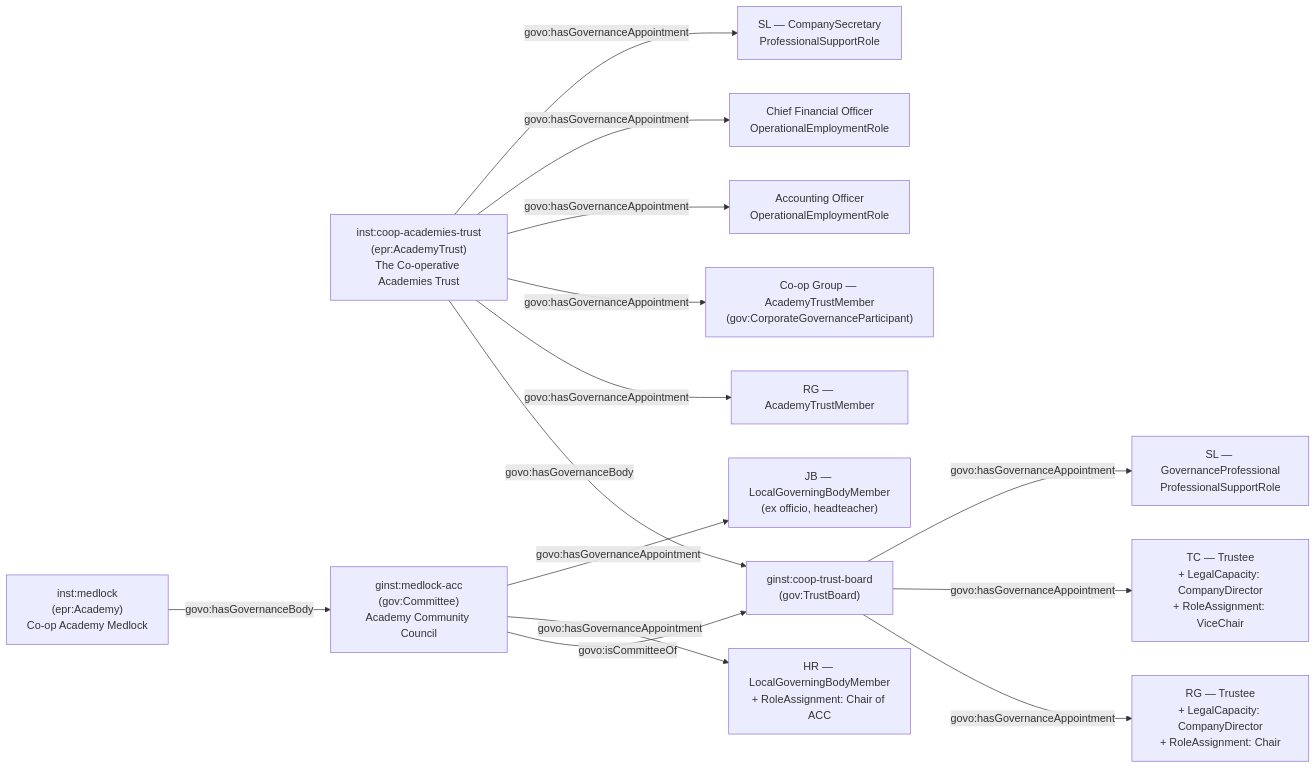
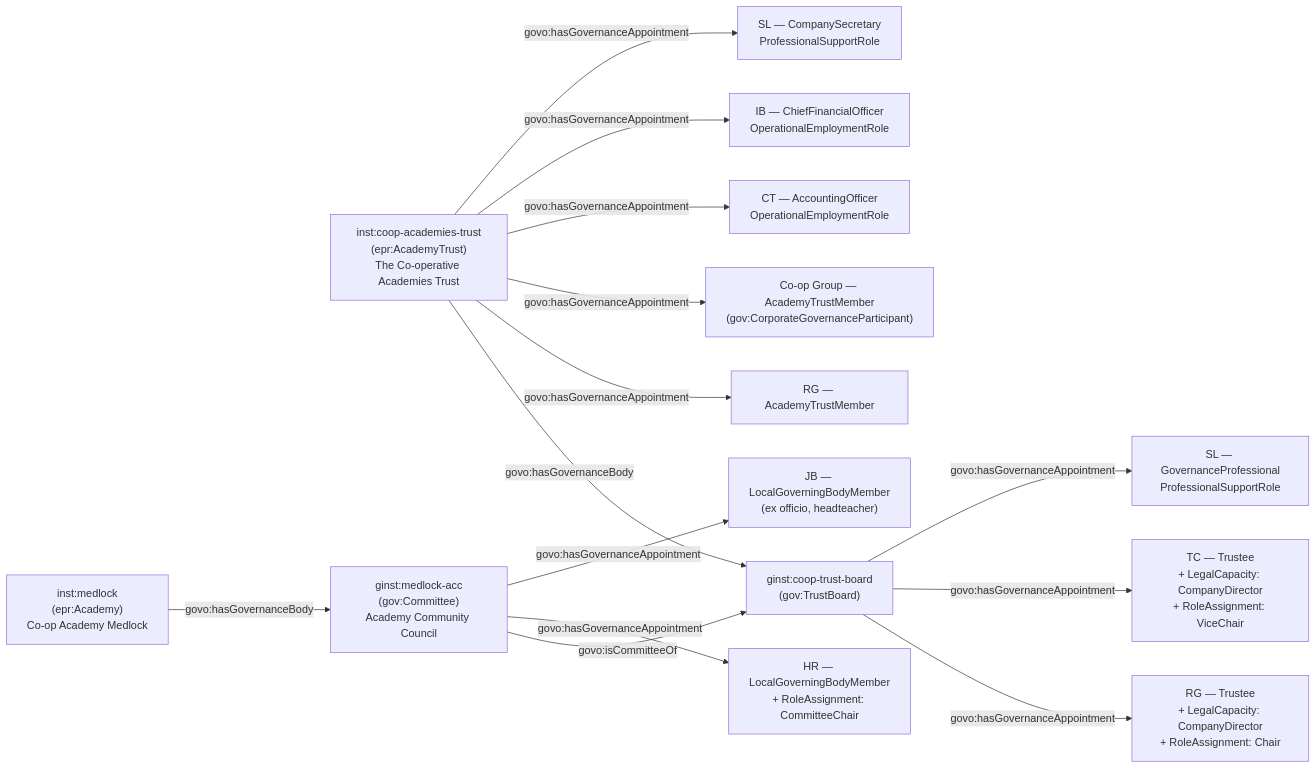
The second of 2 diagrams in docs-site/content/models/governance/worked-examples/medlock-mat/index.md (DFE-Digital/education-provider-registry-docs), drawn with Mermaid before and after one commit. The commit also changed other lines of this file, not shown here.

Commit message:
governance ont

````diff
--- a/docs-site/content/models/governance/worked-examples/medlock-mat/index.md
+++ b/docs-site/content/models/governance/worked-examples/medlock-mat/index.md
@@ -89,25 +90,25 @@
 ```mermaid
 flowchart LR
     AT["inst:coop-academies-trust<br/>(epr:AcademyTrust)<br/>The Co-operative Academies Trust"]
     MED["inst:medlock<br/>(epr:Academy)<br/>Co-op Academy Medlock"]
     TB["ginst:coop-trust-board<br/>(gov:TrustBoard)"]
     ACC["ginst:medlock-acc<br/>(gov:Committee)<br/>Academy Community Council"]
 
     AT -->|govo:hasGovernanceBody| TB
     ACC -->|govo:isCommitteeOf| TB
     MED -->|govo:hasGovernanceBody| ACC
 
     AT -->|govo:hasGovernanceAppointment| M1["RG — AcademyTrustMember"]
     AT -->|govo:hasGovernanceAppointment| M2["Co-op Group — AcademyTrustMember<br/>(gov:CorporateGovernanceParticipant)"]
 
     TB -->|govo:hasGovernanceAppointment| T1["RG — Trustee<br/>+ LegalCapacity: CompanyDirector<br/>+ RoleAssignment: Chair"]
     TB -->|govo:hasGovernanceAppointment| T2["TC — Trustee<br/>+ LegalCapacity: CompanyDirector<br/>+ RoleAssignment: ViceChair"]
 
-    ACC -->|govo:hasGovernanceAppointment| C1["HR — LocalGoverningBodyMember<br/>+ RoleAssignment: Chair of ACC"]
+    ACC -->|govo:hasGovernanceAppointment| C1["HR — LocalGoverningBodyMember<br/>+ RoleAssignment: CommitteeChair"]
     ACC -->|govo:hasGovernanceAppointment| C2["JB — LocalGoverningBodyMember<br/>(ex officio, headteacher)"]
 
-    AT -->|govo:hasGovernanceAppointment| O1["Accounting Officer<br/>OperationalEmploymentRole"]
-    AT -->|govo:hasGovernanceAppointment| O2["Chief Financial Officer<br/>OperationalEmploymentRole"]
+    AT -->|govo:hasGovernanceAppointment| O1["CT — AccountingOfficer<br/>OperationalEmploymentRole"]
+    AT -->|govo:hasGovernanceAppointment| O2["IB — ChiefFinancialOfficer<br/>OperationalEmploymentRole"]
     TB -->|govo:hasGovernanceAppointment| P1["SL — GovernanceProfessional<br/>ProfessionalSupportRole"]
     AT -->|govo:hasGovernanceAppointment| P2["SL — CompanySecretary<br/>ProfessionalSupportRole"]
 ```
````
